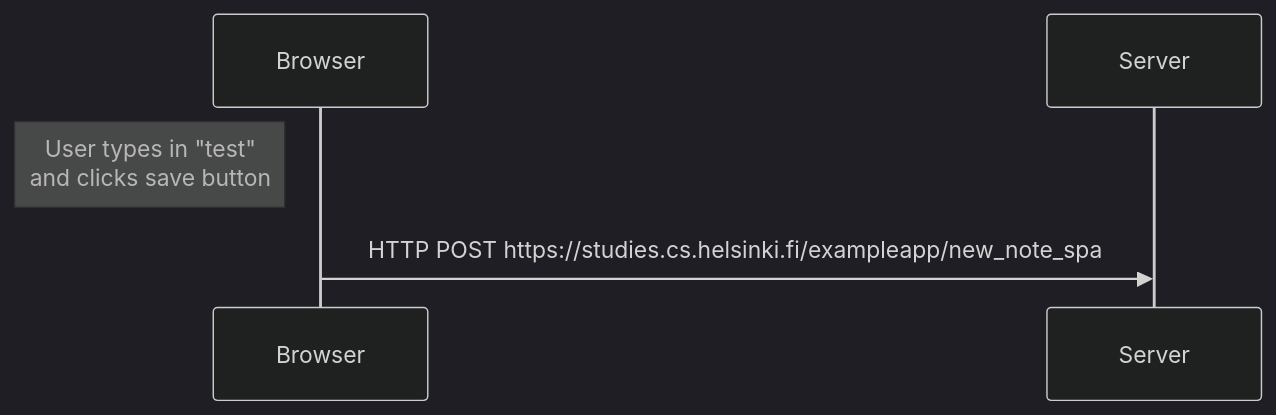
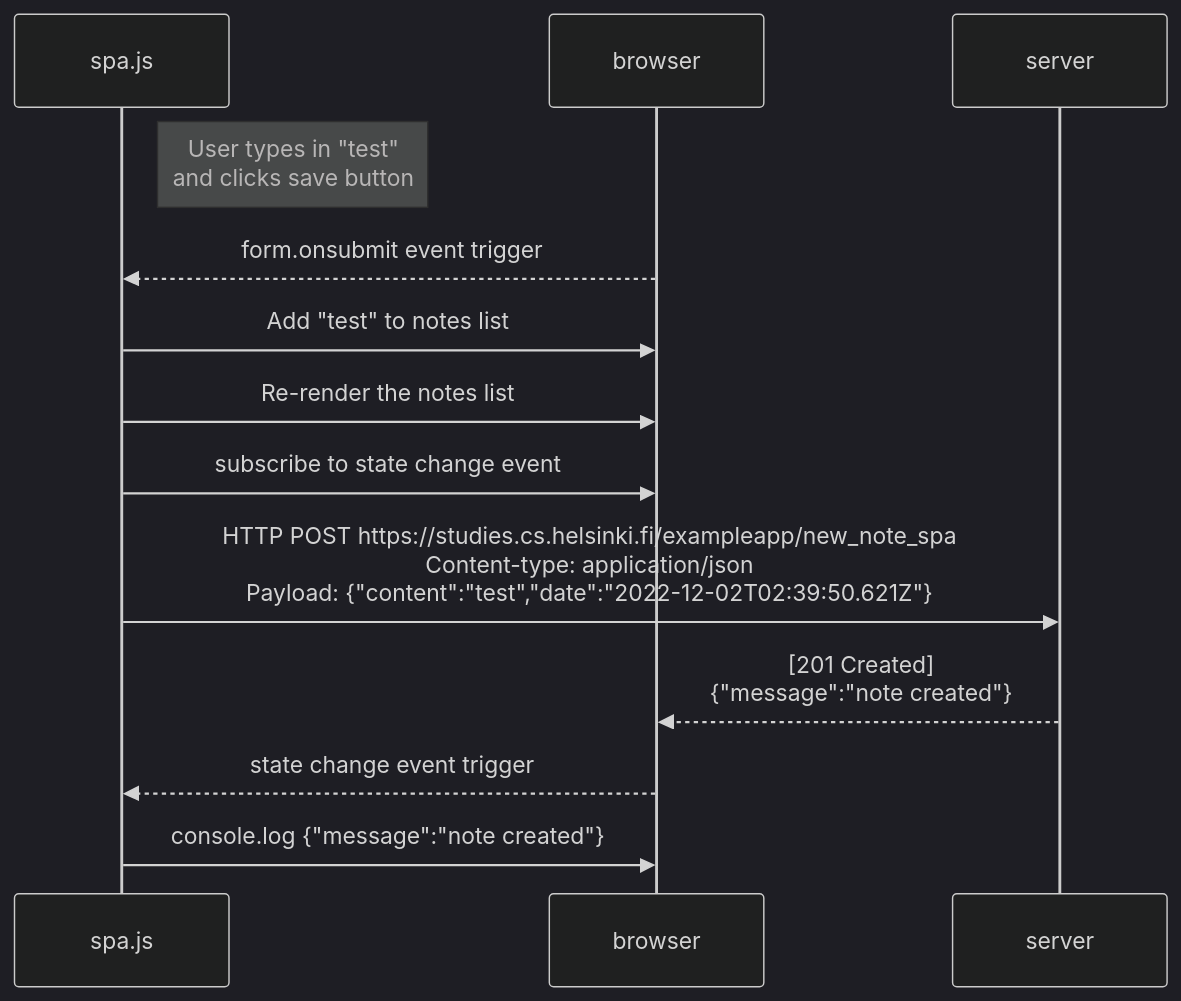
The diagram in part0/0.6-new_note_spa.md (JoseBritto/fulllstack-open), drawn with Mermaid (dark theme) before and after one commit.

````diff
--- a/part0/0.6-new_note_spa.md
+++ b/part0/0.6-new_note_spa.md
@@ -1,6 +1,14 @@
 ```mermaid
 
 sequenceDiagram
-Note left of Browser: User types in "test"<br/>and clicks save button
-Browser->>Server: HTTP POST	https://studies.cs.helsinki.fi/exampleapp/new_note_spa
+Note right of spa.js: User types in "test"<br/>and clicks save button
+browser-->>spa.js: form.onsubmit event trigger
+
+spa.js->>browser: Add "test" to notes list
+spa.js->>browser: Re-render the notes list
+spa.js->>browser: subscribe to state change event
+spa.js->>server: HTTP POST	https://studies.cs.helsinki.fi/exampleapp/new_note_spa <br/> Content-type: application/json <br/> Payload: {"content":"test","date":"2022-12-02T02:39:50.621Z"}
+server-->>browser: [201 Created] <br/>{"message":"note created"}
+browser-->>spa.js: state change event trigger
+spa.js->>browser: console.log {"message":"note created"}
 ```
````
